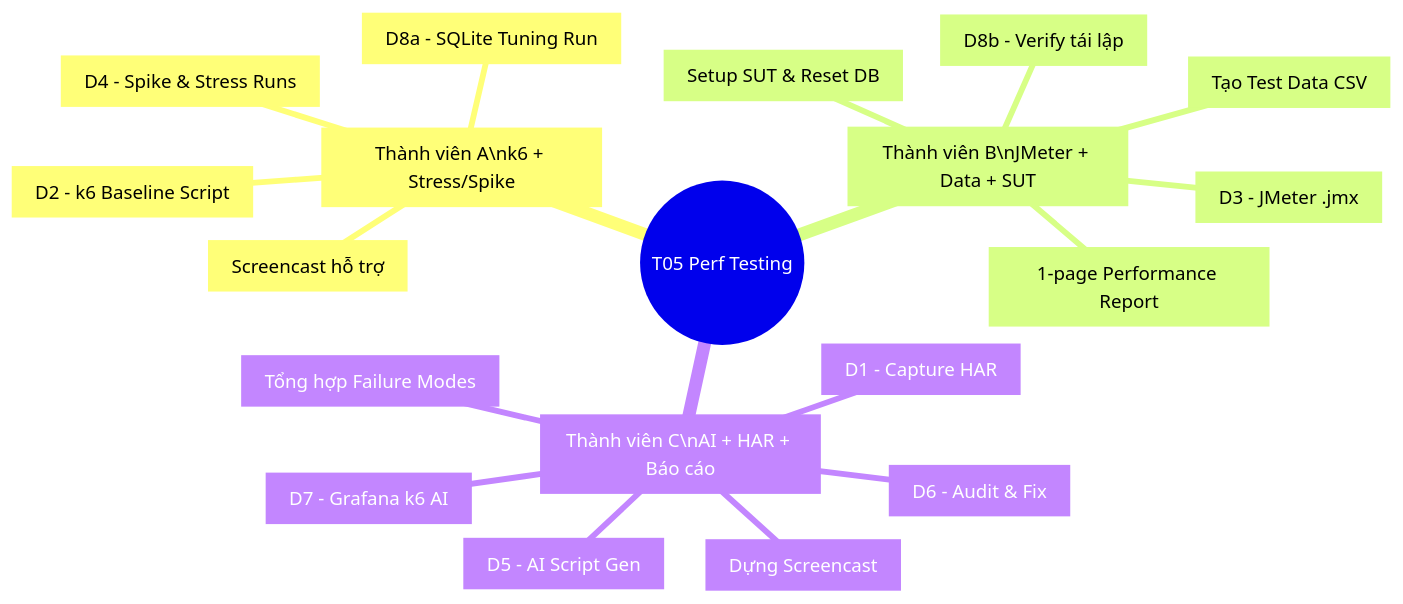
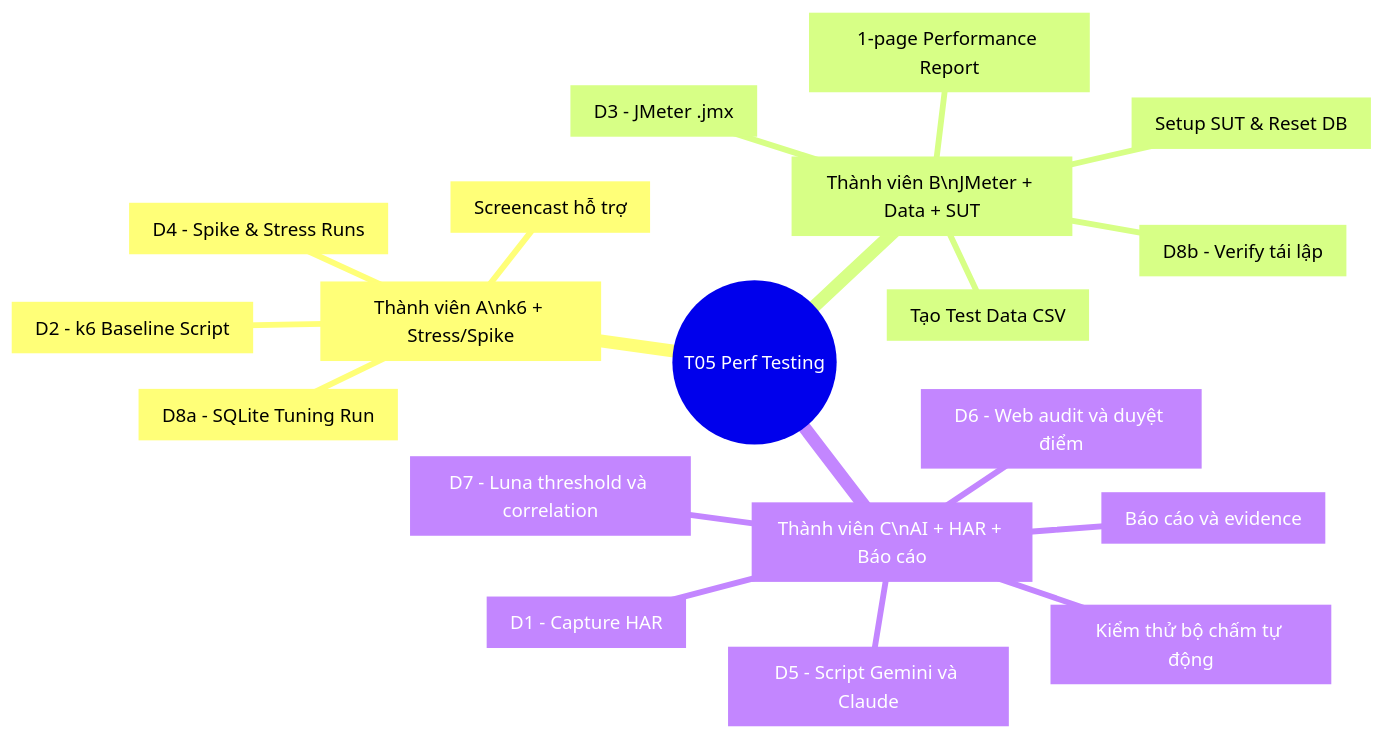
The second of 6 diagrams in docs/Task_Assignment_Detail.md (minhthang2k5/eshop-sut), drawn with Mermaid before and after one commit. The commit also changed other lines of this file and 34 other files, not shown here.

````diff
--- a/docs/Task_Assignment_Detail.md
+++ b/docs/Task_Assignment_Detail.md
@@ -36,22 +38,22 @@
 ```mermaid
 mindmap
   root((T05 Perf Testing))
     A[Thành viên A\nk6 + Stress/Spike]
       A1[D2 - k6 Baseline Script]
       A2[D4 - Spike & Stress Runs]
       A3[D8a - SQLite Tuning Run]
       A4[Screencast hỗ trợ]
     B[Thành viên B\nJMeter + Data + SUT]
       B1[Setup SUT & Reset DB]
       B2[D3 - JMeter .jmx]
       B3[Tạo Test Data CSV]
       B4[D8b - Verify tái lập]
       B5[1-page Performance Report]
     C[Thành viên C\nAI + HAR + Báo cáo]
       C1[D1 - Capture HAR]
-      C2[D5 - AI Script Gen]
-      C3[D6 - Audit & Fix]
-      C4[D7 - Grafana k6 AI]
-      C5[Tổng hợp Failure Modes]
-      C6[Dựng Screencast]
+      C2[D5 - Script Gemini và Claude]
+      C3[D6 - Web audit và duyệt điểm]
+      C4[D7 - Luna threshold và correlation]
+      C5[Kiểm thử bộ chấm tự động]
+      C6[Báo cáo và evidence]
 ```
````
